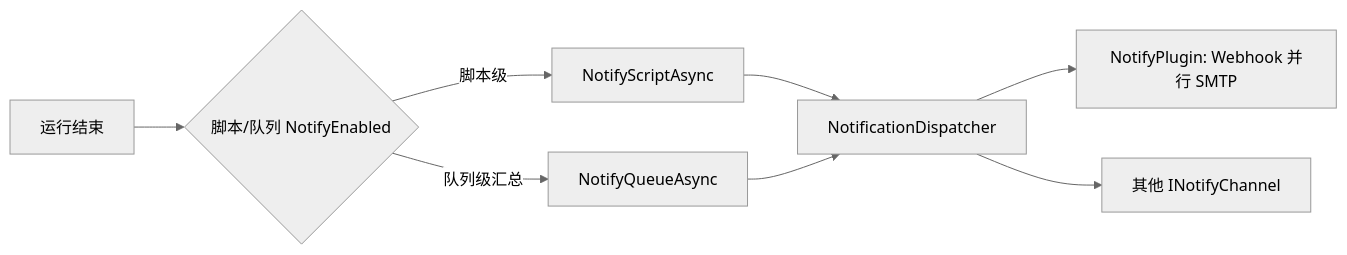
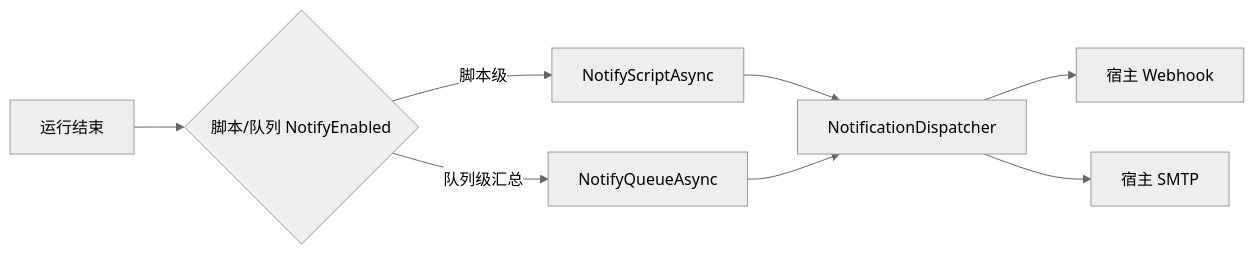
The fourth of 4 diagrams in docs/DESIGN.md (FlappiBakuse/NexusPipeline), drawn with Mermaid (neutral theme) before and after one commit. The commit also changed other lines of this file and 58 other files, not shown here.

````diff
--- a/docs/DESIGN.md
+++ b/docs/DESIGN.md
@@ -307,10 +307,10 @@
 ```mermaid
 flowchart LR
     R[运行结束] --> N{脚本/队列 NotifyEnabled}
     N -- 脚本级 --> S[NotifyScriptAsync]
     N -- 队列级汇总 --> Q[NotifyQueueAsync]
     S --> D[NotificationDispatcher]
     Q --> D
-    D --> C1[NotifyPlugin: Webhook 并行 SMTP]
-    D --> C2[其他 INotifyChannel]
+    D --> C1[宿主 Webhook]
+    D --> C2[宿主 SMTP]
 ```
````
